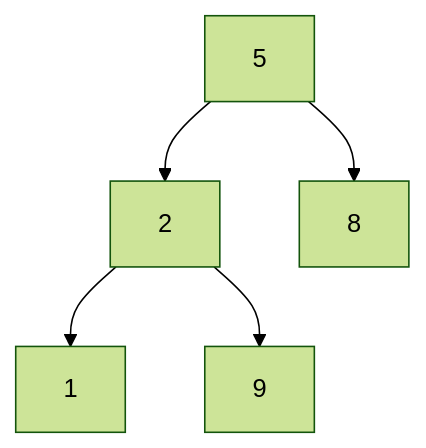
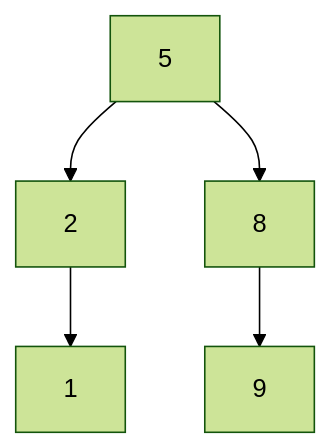
One commit to 3strategy/BeautifulMivney changed the fifth of 25 diagrams in cst/6binnode/Ex6a1binnode.md. Above: the diagram before and after it, drawn with Mermaid (forest theme). The commit also changed other lines of this file, not shown here.

````diff
--- a/cst/6binnode/Ex6a1binnode.md
+++ b/cst/6binnode/Ex6a1binnode.md
@@ -150,7 +131,7 @@
-```mermaid
-flowchart TB
-  A[5] --> B[2]
-  A --> C[8]:::leaf
-  B --> D[1]:::leaf
-  B --> E[9]:::leaf
-```
+    ```mermaid
+    flowchart TB
+      A[5] --> B[2]
+      A --> C[8]
+      B --> D[1]:::leaf
+      C --> E[9]:::leaf
+    ```
````
